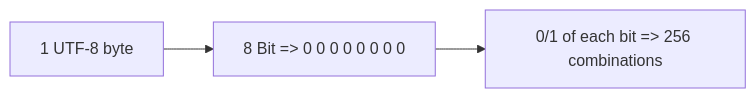
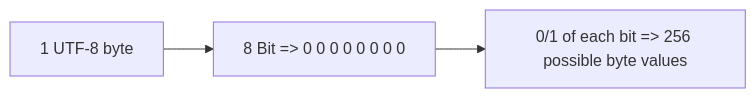
Before and after one commit to ChrisZhu2050/chriszhu2050.github.io: the third of 3 diagrams in README.md, drawn with Mermaid. The commit also changed other lines of this file, not shown here.

````diff
--- a/README.md
+++ b/README.md
@@ -60,4 +60,4 @@
         ```mermaid
           graph LR
-              A[1 UTF-8 byte] --> B[8 Bit => 0 0 0 0 0 0 0 0 ] --> C[0/1 of each bit => 256 combinations]
+              A[1 UTF-8 byte] --> B[8 Bit => 0 0 0 0 0 0 0 0 ] --> C[0/1 of each bit => 256 possible byte values]
         ```
````
